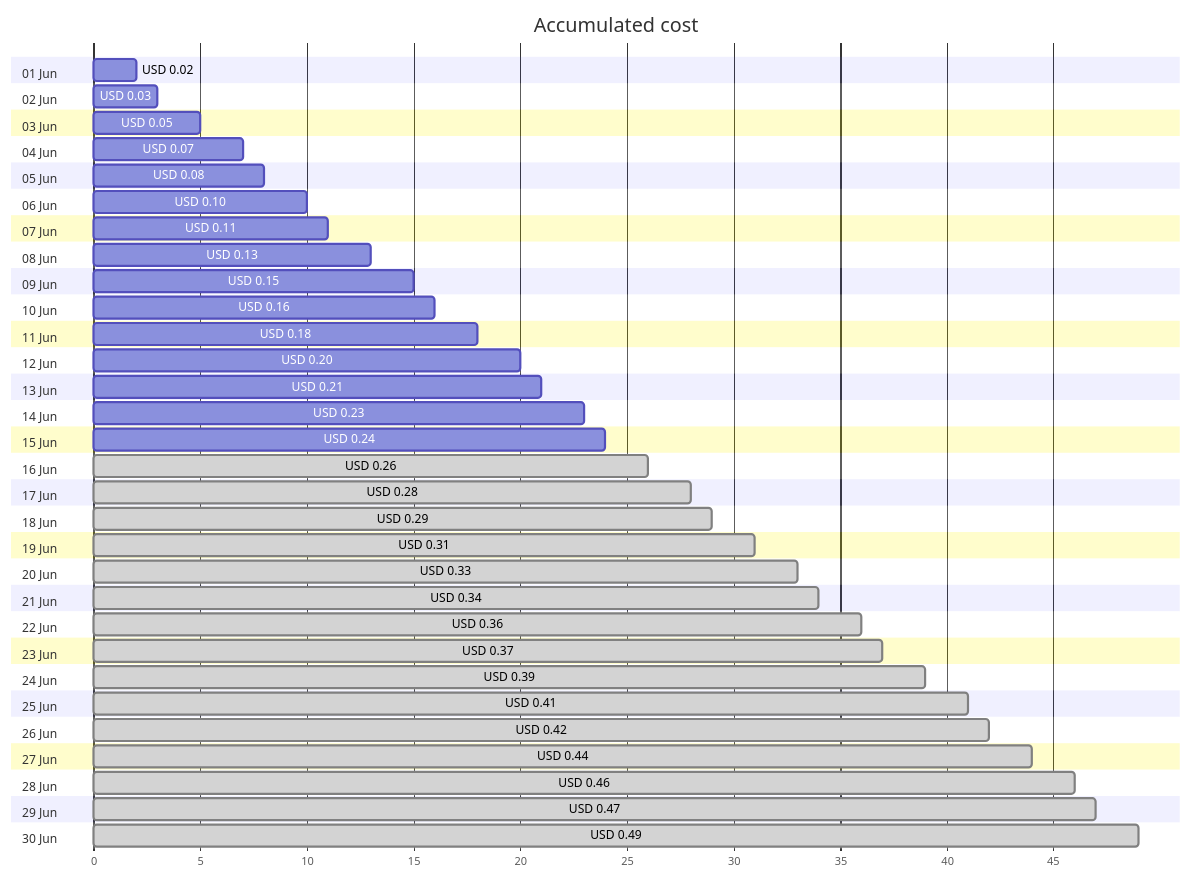
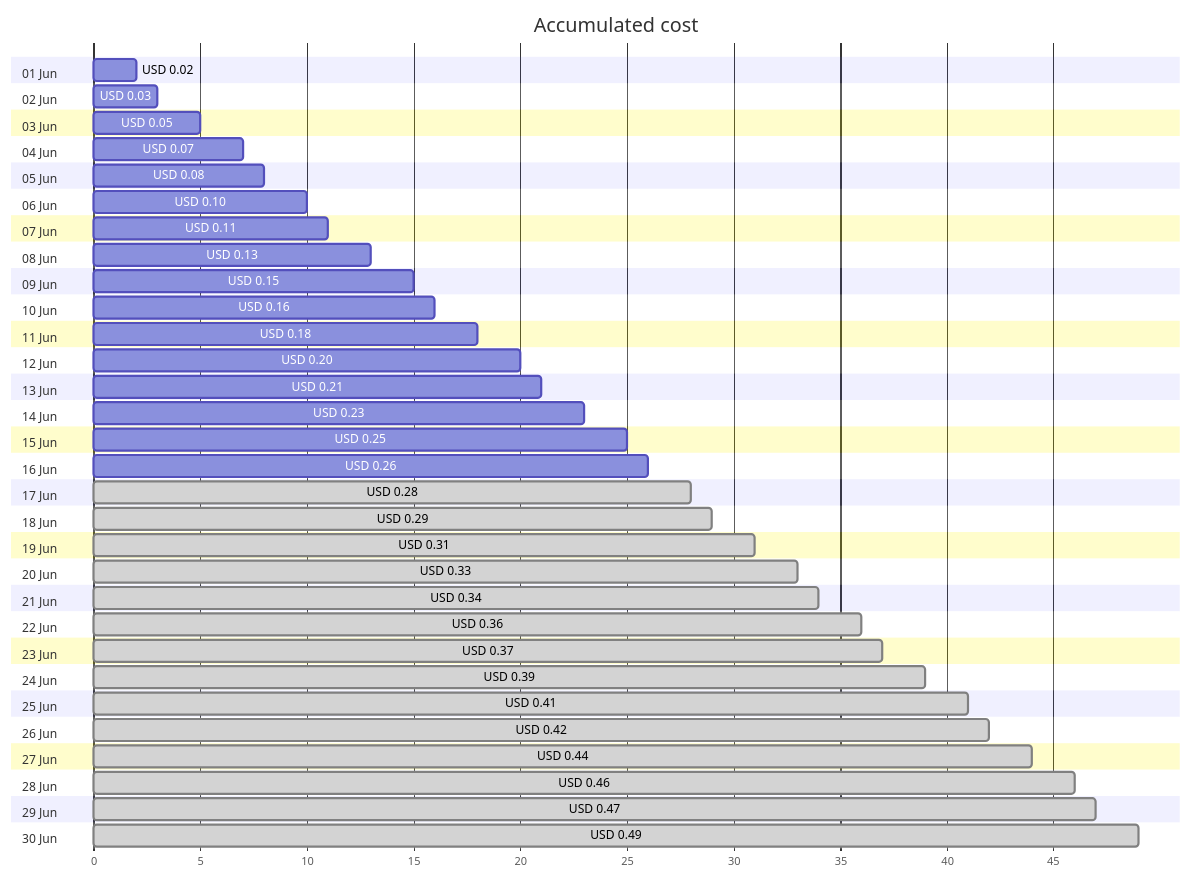
Before and after one commit to jpfulton/azure-personal-reports: the first of 4 diagrams in cost-reports/personal-dns/jpatrickfulton.com.md, drawn with Mermaid. The commit also changed other lines of this file and 2 other files, not shown here.

````diff
--- a/cost-reports/personal-dns/jpatrickfulton.com.md
+++ b/cost-reports/personal-dns/jpatrickfulton.com.md
@@ -20,66 +20,66 @@
 ```mermaid
 gantt
    title Accumulated cost
    dateFormat  X
    axisFormat %s
    section 01 Jun
    USD 0.02 :0, 2
    section 02 Jun
    USD 0.03 :0, 3
    section 03 Jun
    USD 0.05 :0, 5
    section 04 Jun
    USD 0.07 :0, 7
    section 05 Jun
    USD 0.08 :0, 8
    section 06 Jun
    USD 0.10 :0, 10
    section 07 Jun
    USD 0.11 :0, 11
    section 08 Jun
    USD 0.13 :0, 13
    section 09 Jun
    USD 0.15 :0, 15
    section 10 Jun
    USD 0.16 :0, 16
    section 11 Jun
    USD 0.18 :0, 18
    section 12 Jun
    USD 0.20 :0, 20
    section 13 Jun
    USD 0.21 :0, 21
    section 14 Jun
    USD 0.23 :0, 23
    section 15 Jun
-   USD 0.24 :0, 24
+   USD 0.25 :0, 25
    section 16 Jun
-   USD 0.26 : done, 0, 26
+   USD 0.26 :0, 26
    section 17 Jun
    USD 0.28 : done, 0, 28
    section 18 Jun
    USD 0.29 : done, 0, 29
    section 19 Jun
    USD 0.31 : done, 0, 31
    section 20 Jun
    USD 0.33 : done, 0, 33
    section 21 Jun
    USD 0.34 : done, 0, 34
    section 22 Jun
    USD 0.36 : done, 0, 36
    section 23 Jun
    USD 0.37 : done, 0, 37
    section 24 Jun
    USD 0.39 : done, 0, 39
    section 25 Jun
    USD 0.41 : done, 0, 41
    section 26 Jun
    USD 0.42 : done, 0, 42
    section 27 Jun
    USD 0.44 : done, 0, 44
    section 28 Jun
    USD 0.46 : done, 0, 46
    section 29 Jun
    USD 0.47 : done, 0, 47
    section 30 Jun
    USD 0.49 : done, 0, 49
 ```
````
